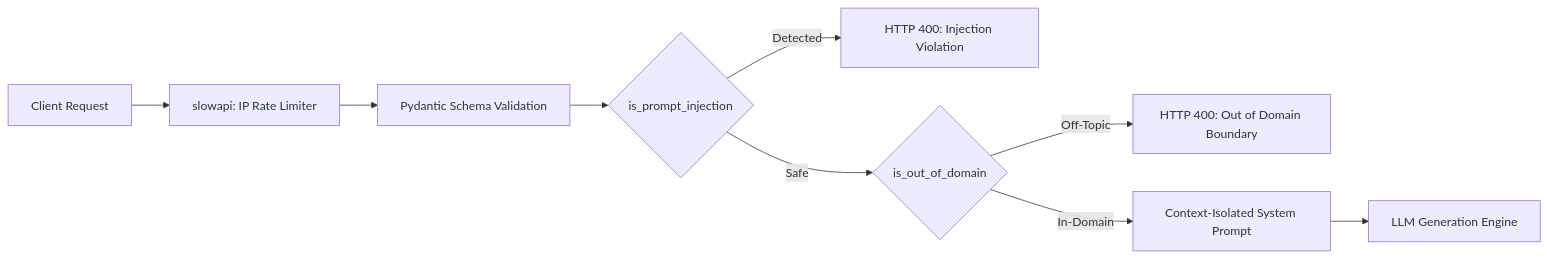
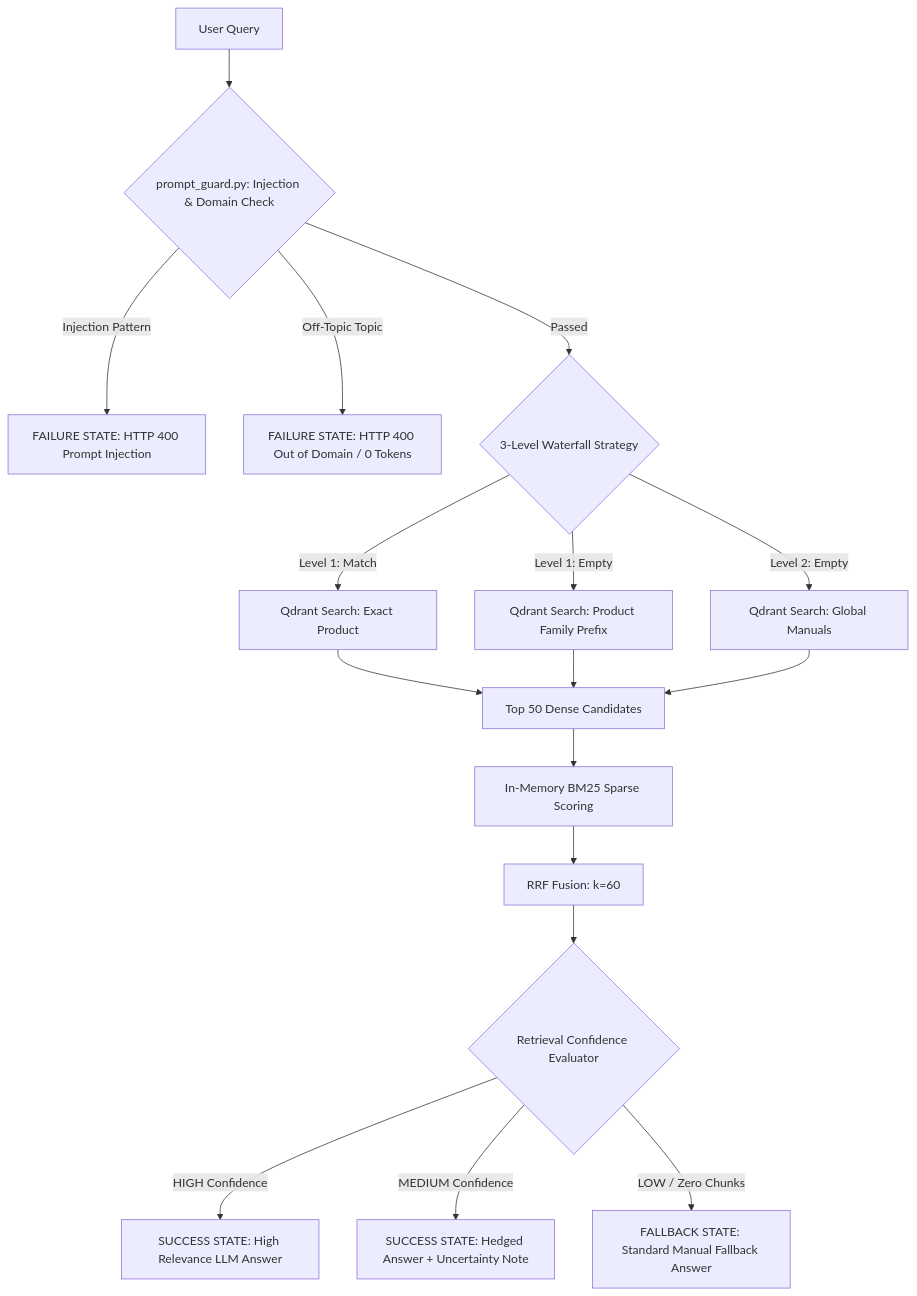
One commit to Santhosh-p653/rag-multimodal-assistant changed the second of 6 diagrams in architecture.md. Above: the diagram before and after it, drawn with Mermaid. The commit also changed other lines of this file and 5 other files, not shown here.

````diff
--- a/architecture.md
+++ b/architecture.md
@@ -77,11 +70,25 @@
 ```mermaid
-graph LR
-    Request[Client Request] --> SlowAPI[slowapi: IP Rate Limiter]
-    SlowAPI --> PydanticGuard[Pydantic Schema Validation]
-    PydanticGuard --> InjectionGuard{is_prompt_injection}
-    InjectionGuard -->|Detected| Reject1[HTTP 400: Injection Violation]
-    InjectionGuard -->|Safe| DomainGuard{is_out_of_domain}
-    DomainGuard -->|Off-Topic| Reject2[HTTP 400: Out of Domain Boundary]
-    DomainGuard -->|In-Domain| SystemPrompt[Context-Isolated System Prompt]
-    SystemPrompt --> LLMExecution[LLM Generation Engine]
+graph TD
+    Query[User Query] --> Guard{prompt_guard.py: Injection & Domain Check}
+    
+    Guard -->|Injection Pattern| BlockInj[FAILURE STATE: HTTP 400 Prompt Injection]
+    Guard -->|Off-Topic Topic| BlockDomain[FAILURE STATE: HTTP 400 Out of Domain / 0 Tokens]
+    Guard -->|Passed| Waterfall{3-Level Waterfall Strategy}
+    
+    Waterfall -->|Level 1: Match| Exact[Qdrant Search: Exact Product]
+    Waterfall -->|Level 1: Empty| Family[Qdrant Search: Product Family Prefix]
+    Waterfall -->|Level 2: Empty| Global[Qdrant Search: Global Manuals]
+    
+    Exact --> Candidates[Top 50 Dense Candidates]
+    Family --> Candidates
+    Global --> Candidates
+    
+    Candidates --> BM25[In-Memory BM25 Sparse Scoring]
+    BM25 --> RRF[RRF Fusion: k=60]
+    
+    RRF --> ConfEval{Retrieval Confidence Evaluator}
+    
+    ConfEval -->|HIGH Confidence| HighState[SUCCESS STATE: High Relevance LLM Answer]
+    ConfEval -->|MEDIUM Confidence| MedState[SUCCESS STATE: Hedged Answer + Uncertainty Note]
+    ConfEval -->|LOW / Zero Chunks| LowState[FALLBACK STATE: Standard Manual Fallback Answer]
 ```
````
